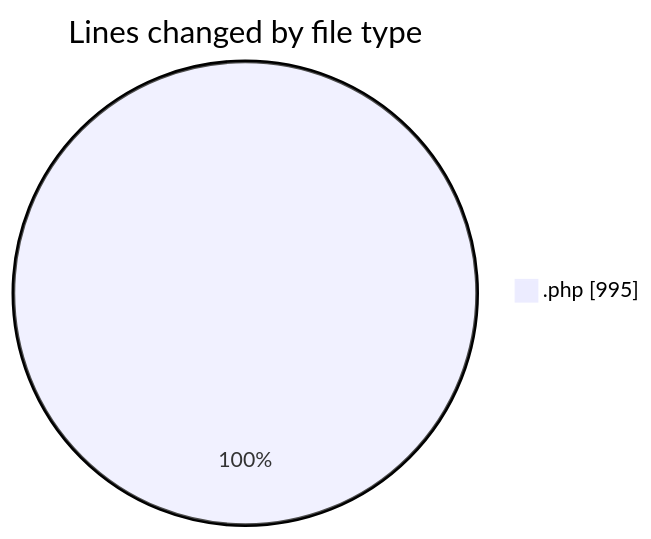
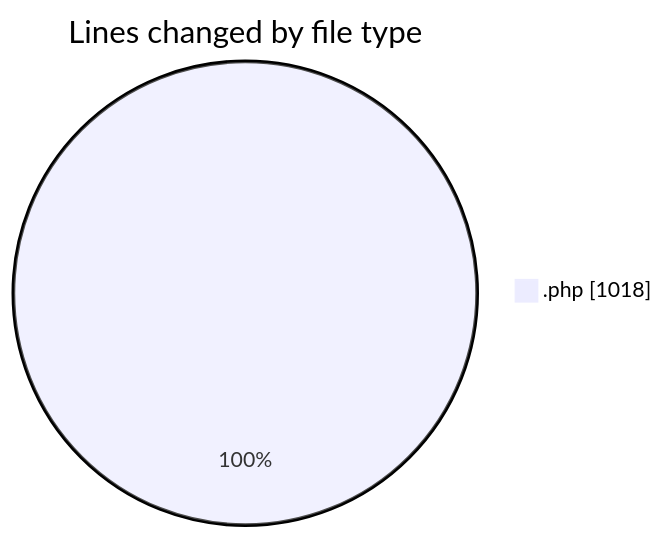
Before and after one commit to debugP/code-tracking: the first of 2 diagrams in 2025-10-14/untitled__workspace_/README.md, drawn with Mermaid. The commit also changed other lines of this file and 1 other file, not shown here.

````diff
--- a/2025-10-14/untitled__workspace_/README.md
+++ b/2025-10-14/untitled__workspace_/README.md
@@ -20,5 +20,5 @@
 ```mermaid
 pie showData
 title Lines changed by file type
-".php" : 995
+".php" : 1018
 ```
````
